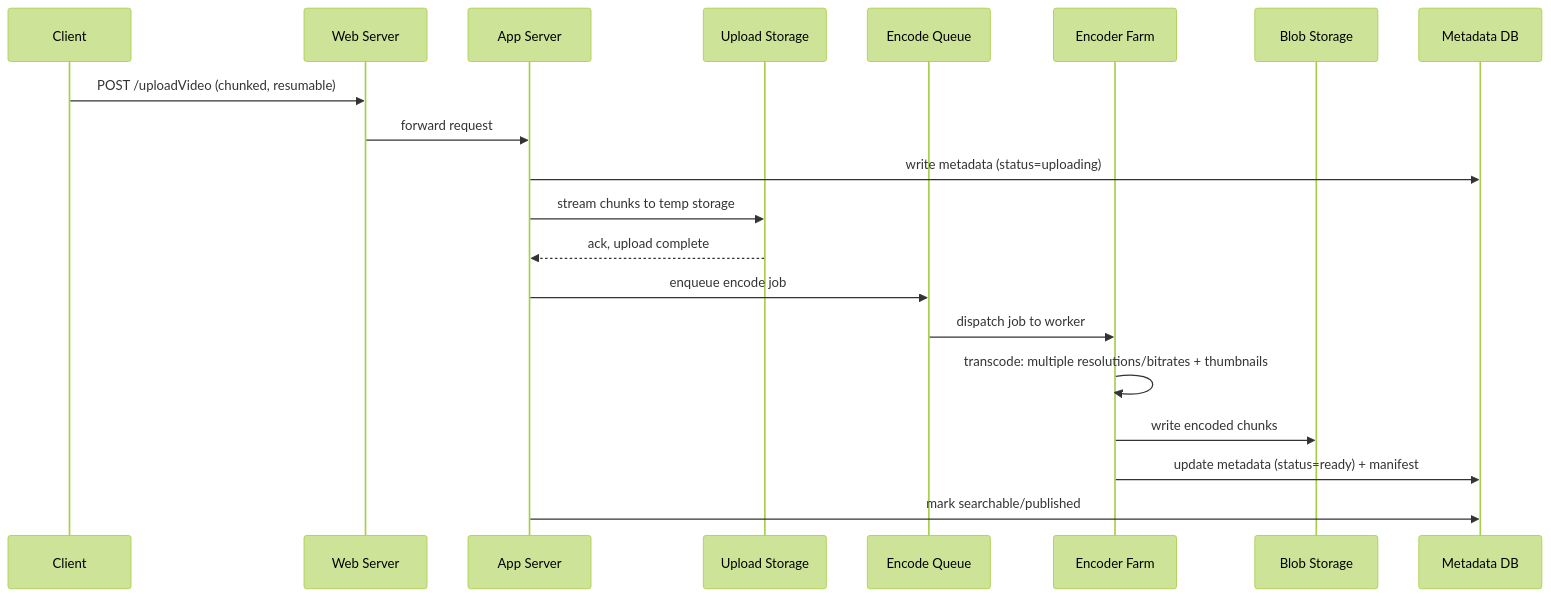
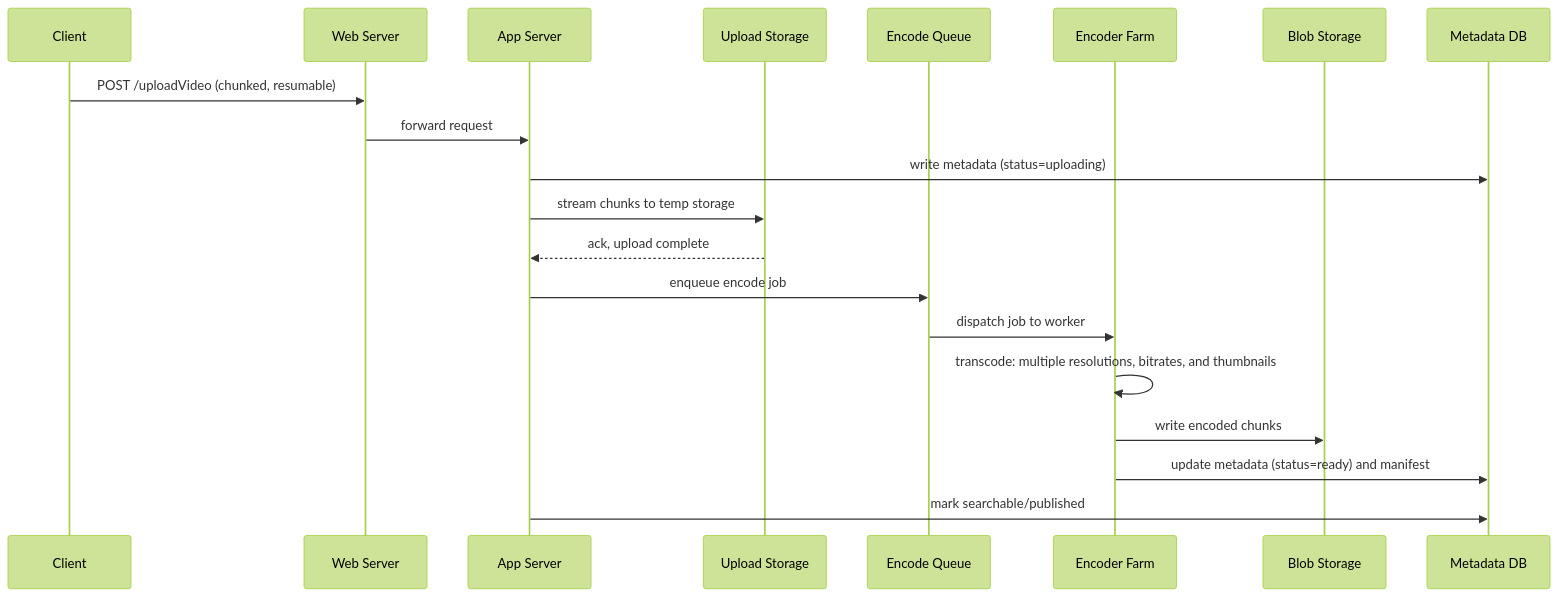
Before and after one commit to riyaz-pasha/Learnings: the sixth of 24 diagrams in system-design/HLD/0-course/26-Design YouTube-FAANG-Guide.md, drawn with Mermaid (forest theme). The commit also changed other lines of this file and 1 other file, not shown here.

Commit message:
docs: simplify language and clean up mermaid diagrams in YouTube design guide

````diff
--- a/system-design/HLD/0-course/26-Design YouTube-FAANG-Guide.md
+++ b/system-design/HLD/0-course/26-Design YouTube-FAANG-Guide.md
@@ -276,23 +330,23 @@
 ```mermaid
 sequenceDiagram
     participant C as Client
     participant WS as Web Server
     participant AS as App Server
     participant US as Upload Storage
     participant Q as Encode Queue
     participant ENC as Encoder Farm
     participant BLOB as Blob Storage
     participant DB as Metadata DB
 
     C->>WS: POST /uploadVideo (chunked, resumable)
     WS->>AS: forward request
     AS->>DB: write metadata (status=uploading)
     AS->>US: stream chunks to temp storage
     US-->>AS: ack, upload complete
     AS->>Q: enqueue encode job
     Q->>ENC: dispatch job to worker
-    ENC->>ENC: transcode: multiple resolutions/bitrates + thumbnails
+    ENC->>ENC: transcode: multiple resolutions, bitrates, and thumbnails
     ENC->>BLOB: write encoded chunks
-    ENC->>DB: update metadata (status=ready) + manifest
+    ENC->>DB: update metadata (status=ready) and manifest
     AS->>DB: mark searchable/published
 ```
````
